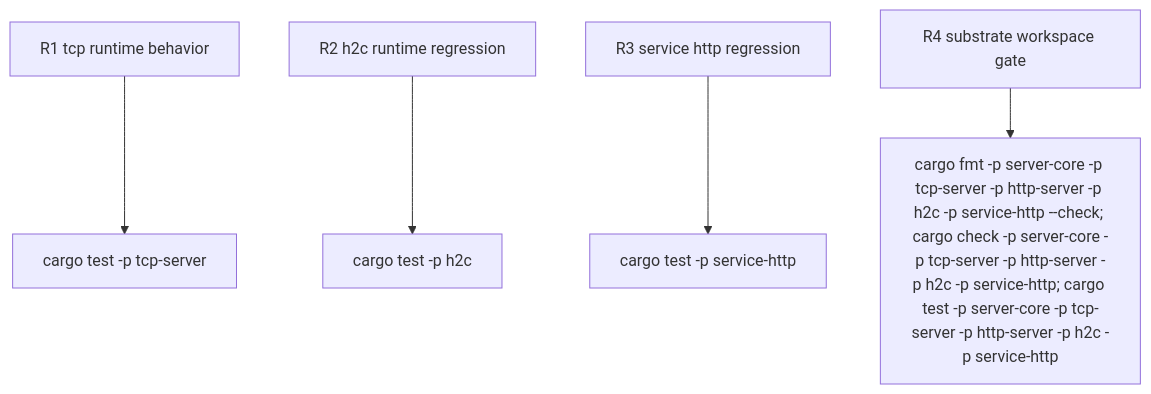
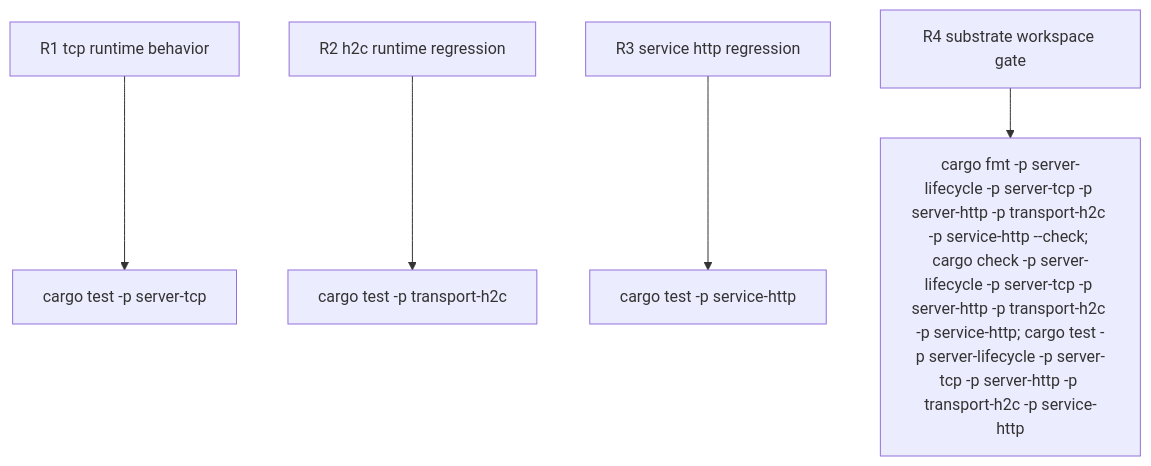
One commit to chrischeng-c4/axiom changed the second of 2 diagrams in apps/agentic-workflow/tech-design/logic/shared-server-substrate-performance-layers.md. Above: the diagram before and after it, drawn with Mermaid. The commit also changed other lines of this file and 175 other files, not shown here.

First line of the commit message:
refactor(libs): finish semantic service substrate convergence

````diff
--- a/apps/agentic-workflow/tech-design/logic/shared-server-substrate-performance-layers.md
+++ b/apps/agentic-workflow/tech-design/logic/shared-server-substrate-performance-layers.md
@@ -52,35 +52,35 @@
 ```mermaid
 ---
 id: shared-server-substrate-performance-layers-verification
 requirements:
   h2c_runtime_regression:
     id: R2
     text: "h2c tests continue to pass while server options are exported for HTTP/2 stream and drain tuning."
     kind: regression
     risk: medium
-    verify: cargo test -p h2c
+    verify: cargo test -p transport-h2c
   service_http_regression:
     id: R3
-    text: "service-http tests continue to pass after transport delegates through http-server."
+    text: "service-http tests continue to pass after transport delegates through server-http."
     kind: regression
     risk: high
     verify: cargo test -p service-http
   substrate_workspace_gate:
     id: R4
     text: "The substrate packages and service-http format, compile, and test as a focused workspace slice."
     kind: regression
     risk: medium
-    verify: cargo fmt -p server-core -p tcp-server -p http-server -p h2c -p service-http --check; cargo check -p server-core -p tcp-server -p http-server -p h2c -p service-http; cargo test -p server-core -p tcp-server -p http-server -p h2c -p service-http
+    verify: cargo fmt -p server-lifecycle -p server-tcp -p server-http -p transport-h2c -p service-http --check; cargo check -p server-lifecycle -p server-tcp -p server-http -p transport-h2c -p service-http; cargo test -p server-lifecycle -p server-tcp -p server-http -p transport-h2c -p service-http
   tcp_runtime_behavior:
     id: R1
-    text: "tcp-server tests cover socket binding, closure-based generic handler execution, and connection budget permit release."
+    text: "server-tcp tests cover socket binding, closure-based generic handler execution, and connection budget permit release."
     kind: functional
     risk: high
-    verify: cargo test -p tcp-server
+    verify: cargo test -p server-tcp
 ---
 flowchart TD
-    r1[R1 tcp runtime behavior] --> cargo_test_p_tcp_server[cargo test -p tcp-server]
-    r2[R2 h2c runtime regression] --> cargo_test_p_h2c[cargo test -p h2c]
+    r1[R1 tcp runtime behavior] --> cargo_test_p_server_tcp[cargo test -p server-tcp]
+    r2[R2 h2c runtime regression] --> cargo_test_p_h2c[cargo test -p transport-h2c]
     r3[R3 service http regression] --> cargo_test_p_service_http[cargo test -p service-http]
-    r4[R4 substrate workspace gate] --> cargo_fmt_p_server_core_p_tcp_server_p_http_server_p_h2c_p_service_http_check_cargo_check_p_server_core_p_tcp_server_p_http_server_p_h2c_p_service_http_cargo_test_p_server_core_p_tcp_server_p_http_server_p_h2c_p_service_http[cargo fmt -p server-core -p tcp-server -p http-server -p h2c -p service-http --check; cargo check -p server-core -p tcp-server -p http-server -p h2c -p service-http; cargo test -p server-core -p tcp-server -p http-server -p h2c -p service-http]
+    r4[R4 substrate workspace gate] --> cargo_fmt_p_server_lifecycle_p_server_tcp_p_server_http_p_h2c_p_service_http_check_cargo_check_p_server_lifecycle_p_server_tcp_p_server_http_p_h2c_p_service_http_cargo_test_p_server_lifecycle_p_server_tcp_p_server_http_p_h2c_p_service_http[cargo fmt -p server-lifecycle -p server-tcp -p server-http -p transport-h2c -p service-http --check; cargo check -p server-lifecycle -p server-tcp -p server-http -p transport-h2c -p service-http; cargo test -p server-lifecycle -p server-tcp -p server-http -p transport-h2c -p service-http]
 ```
````
